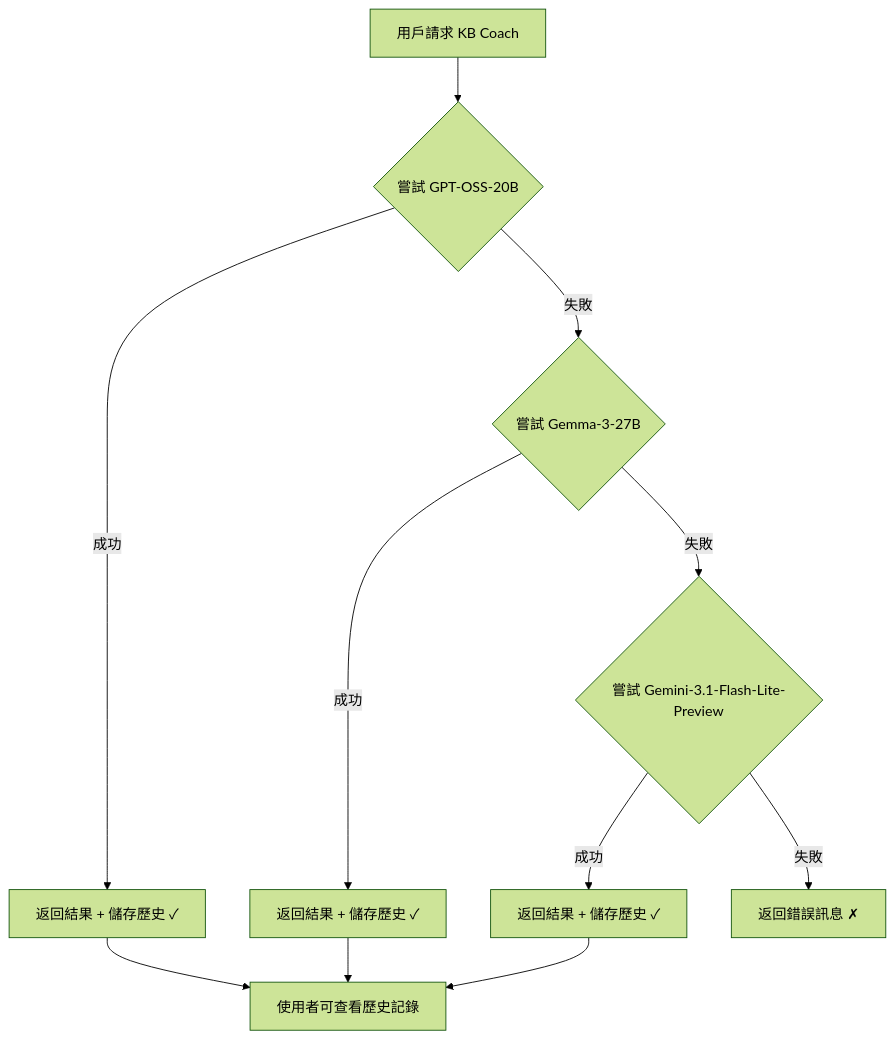
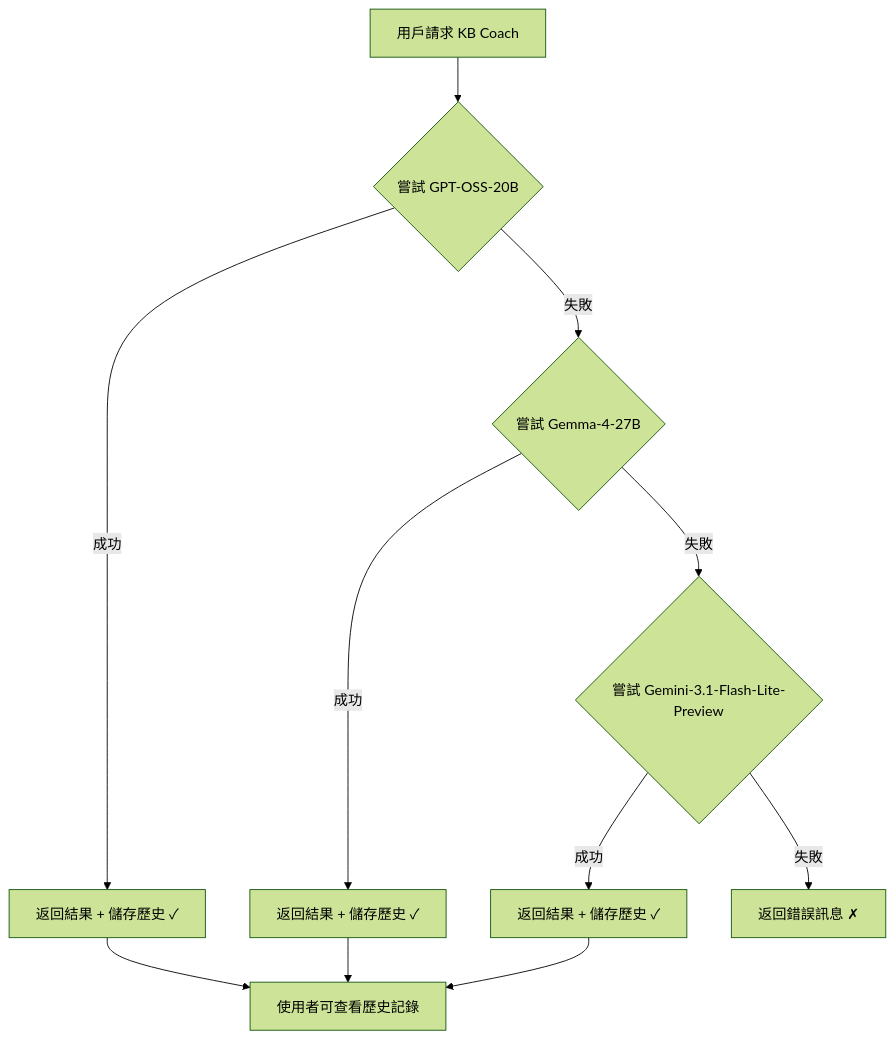
Before and after one commit to Richie1129/SDLs_fullStack_remix: the diagram in sdl-backend-main/KB_COACH_FALLBACK.md, drawn with Mermaid (forest theme). The commit also changed other lines of this file and 14 other files, not shown here.

````diff
--- a/sdl-backend-main/KB_COACH_FALLBACK.md
+++ b/sdl-backend-main/KB_COACH_FALLBACK.md
@@ -114,14 +114,14 @@
 ```mermaid
 graph TD
     A[用戶請求 KB Coach] --> B{嘗試 GPT-OSS-20B}
     B -->|成功| C[返回結果 + 儲存歷史 ✓]
-    B -->|失敗| D{嘗試 Gemma-3-27B}
+    B -->|失敗| D{嘗試 Gemma-4-27B}
     D -->|成功| E[返回結果 + 儲存歷史 ✓]
     D -->|失敗| F{嘗試 Gemini-3.1-Flash-Lite-Preview}
     F -->|成功| G[返回結果 + 儲存歷史 ✓]
     F -->|失敗| H[返回錯誤訊息 ✗]
     
     C --> I[使用者可查看歷史記錄]
     E --> I
     G --> I
 ```
````
